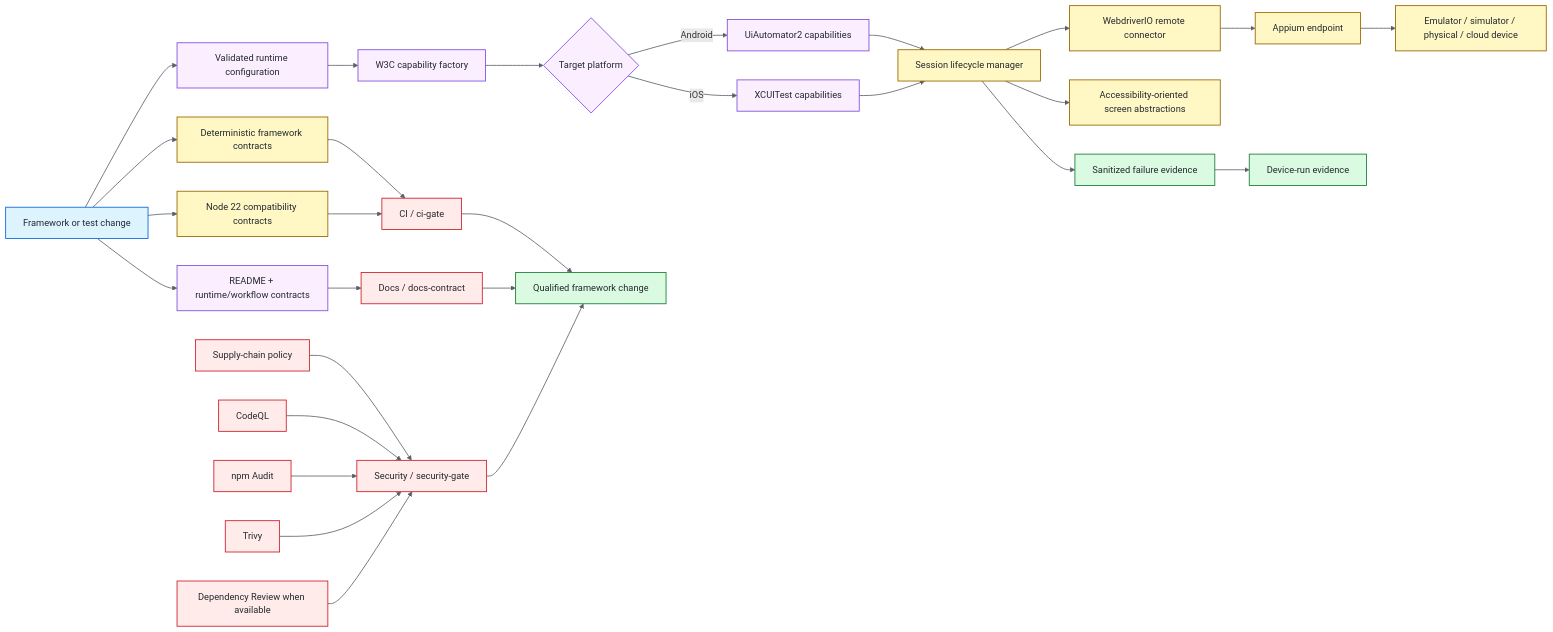
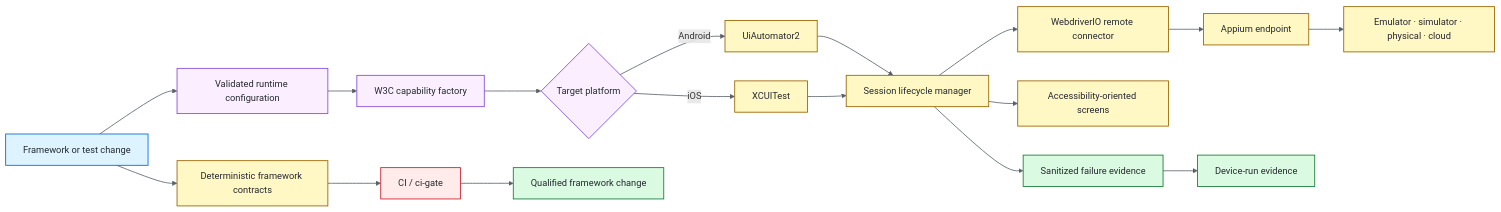
One commit to portyu9/qa-automation-mobile-appium changed the diagram in README.md. Above: the diagram before and after it, drawn with Mermaid. The commit also changed other lines of this file, not shown here.

Commit message:
docs: streamline Appium main README

````diff
--- a/README.md
+++ b/README.md
@@ -41,46 +40,32 @@
 ```mermaid
 flowchart LR
     CHANGE[Framework or test change] --> CFG[Validated runtime configuration]
     CFG --> CAP[W3C capability factory]
     CAP --> PLATFORM{Target platform}
-    PLATFORM -->|Android| UIA[UiAutomator2 capabilities]
-    PLATFORM -->|iOS| XCU[XCUITest capabilities]
+    PLATFORM -->|Android| UIA[UiAutomator2]
+    PLATFORM -->|iOS| XCU[XCUITest]
     UIA --> SESSION[Session lifecycle manager]
     XCU --> SESSION
     SESSION --> WDIO[WebdriverIO remote connector]
     WDIO --> APPIUM[Appium endpoint]
-    APPIUM --> DEVICE[Emulator / simulator / physical / cloud device]
-    SESSION --> SCREEN[Accessibility-oriented screen abstractions]
+    APPIUM --> DEVICE[Emulator · simulator · physical · cloud]
+    SESSION --> SCREEN[Accessibility-oriented screens]
     SESSION --> EVIDENCE[Sanitized failure evidence]
 
     CHANGE --> CONTRACT[Deterministic framework contracts]
     CONTRACT --> GATE[CI / ci-gate]
-    CHANGE --> NODE22[Node 22 compatibility contracts]
-    NODE22 --> GATE
     EVIDENCE --> DEVICEOUT[Device-run evidence]
+    GATE --> RESULT[Qualified framework change]
 
-    CHANGE --> DOCS[README + runtime/workflow contracts]
-    DOCS --> DG[Docs / docs-contract]
-
-    SUPPLY[Supply-chain policy] --> SG[Security / security-gate]
-    SAST[CodeQL] --> SG
-    AUDIT[npm Audit] --> SG
-    TRIVY[Trivy] --> SG
-    REVIEW[Dependency Review when available] --> SG
-
-    GATE --> RESULT[Qualified framework change]
-    DG --> RESULT
-    SG --> RESULT
-
-    classDef entry fill:#ddf4ff,stroke:#0969da,color:#24292f,stroke-width:1.5px;
-    classDef policy fill:#fbefff,stroke:#8250df,color:#24292f,stroke-width:1.5px;
-    classDef runtime fill:#fff8c5,stroke:#9a6700,color:#24292f,stroke-width:1.5px;
-    classDef evidence fill:#dafbe1,stroke:#1a7f37,color:#24292f,stroke-width:1.5px;
-    classDef gate fill:#ffebe9,stroke:#cf222e,color:#24292f,stroke-width:1.5px;
+    classDef entry fill:#DDF4FF,stroke:#0969DA,color:#24292F,stroke-width:1.5px;
+    classDef policy fill:#FBEFFF,stroke:#8250DF,color:#24292F,stroke-width:1.5px;
+    classDef runtime fill:#FFF8C5,stroke:#9A6700,color:#24292F,stroke-width:1.5px;
+    classDef evidence fill:#DAFBE1,stroke:#1A7F37,color:#24292F,stroke-width:1.5px;
+    classDef gate fill:#FFEBE9,stroke:#CF222E,color:#24292F,stroke-width:1.5px;
     class CHANGE entry;
-    class CFG,CAP,PLATFORM,UIA,XCU,DOCS policy;
-    class SESSION,WDIO,APPIUM,DEVICE,SCREEN,CONTRACT,NODE22 runtime;
+    class CFG,CAP,PLATFORM policy;
+    class UIA,XCU,SESSION,WDIO,APPIUM,DEVICE,SCREEN,CONTRACT runtime;
     class EVIDENCE,DEVICEOUT,RESULT evidence;
-    class GATE,DG,SUPPLY,SAST,AUDIT,TRIVY,REVIEW,SG gate;
-    linkStyle default stroke:#57606a,stroke-width:1.4px;
+    class GATE gate;
+    linkStyle default stroke:#57606A,stroke-width:1.4px;
 ```
````
